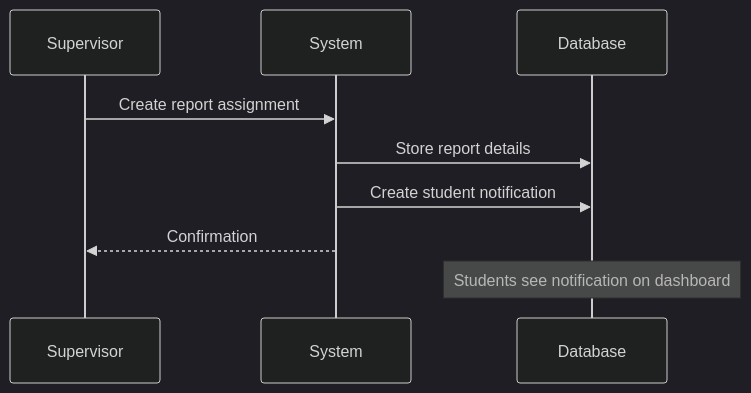
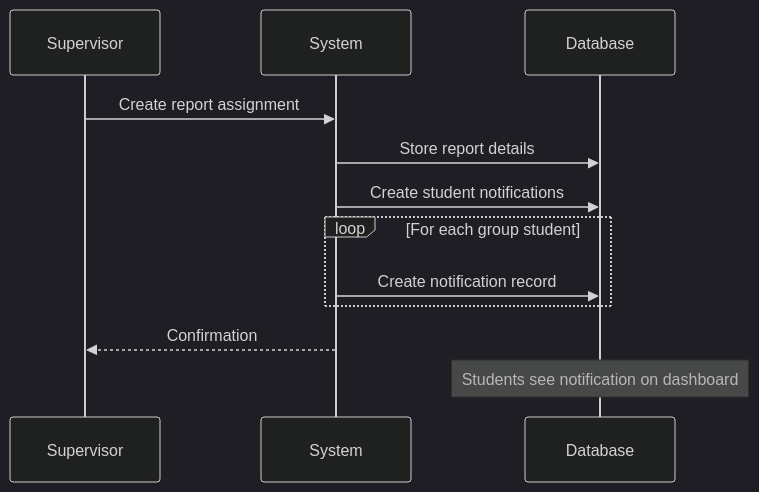
The seventh of 42 diagrams in sequence.md (abdullah2323442/thesisrepo-backup), drawn with Mermaid (dark theme) before and after one commit. The commit also changed other lines of this file, not shown here.

````diff
--- a/sequence.md
+++ b/sequence.md
@@ -134,13 +179,18 @@
 ```mermaid
 sequenceDiagram
     participant Supervisor
     participant System
     participant Database
 
     Supervisor->>System: Create report assignment
     System->>Database: Store report details
-    System->>Database: Create student notification
+    System->>Database: Create student notifications
+    
+    loop For each group student
+        System->>Database: Create notification record
+    end
+    
     System-->>Supervisor: Confirmation
     
     Note over Database: Students see notification on dashboard
 ```
````
